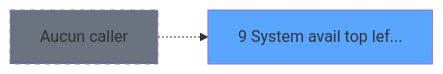
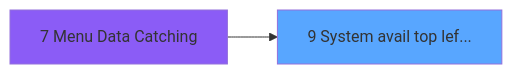
The second of 3 diagrams in .openspec/specs/ADH-IDE-9.md (thonyAGP/magic-migration), drawn with Mermaid before and after one commit. The commit also changed other lines of this file and 253 other files, not shown here.

````diff
--- a/.openspec/specs/ADH-IDE-9.md
+++ b/.openspec/specs/ADH-IDE-9.md
@@ -136,8 +151,8 @@
 ```mermaid
 graph LR
     T9[9 System avail top lef...]
     style T9 fill:#58a6ff
-    NONE[Aucun caller]
-    NONE -.-> T9
-    style NONE fill:#6b7280,stroke-dasharray: 5 5
+    CC7[7 Menu Data Catching]
+    style CC7 fill:#8b5cf6
+    CC7 --> T9
 ```
````
